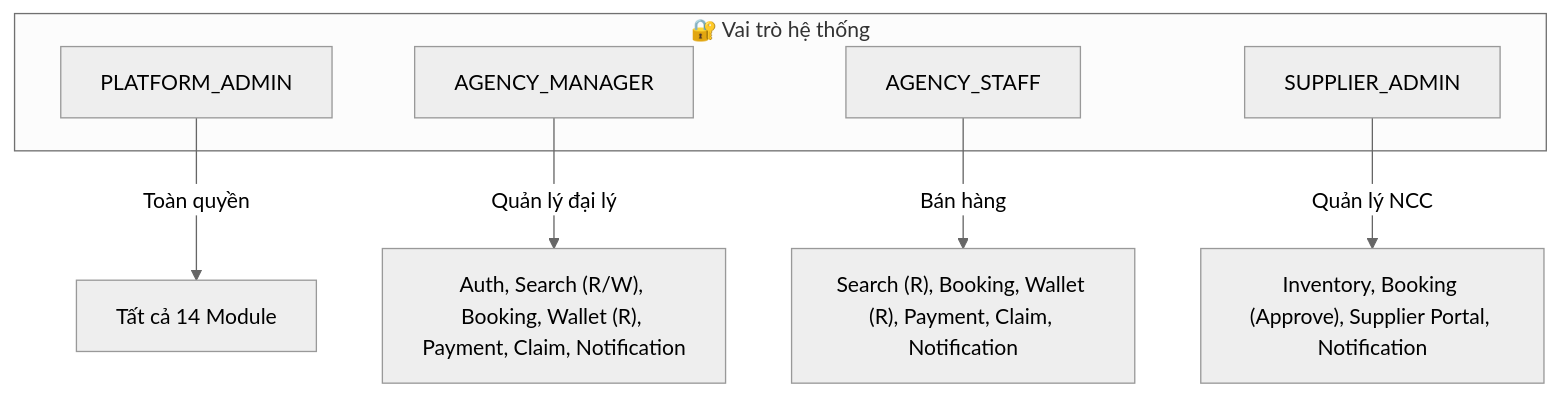
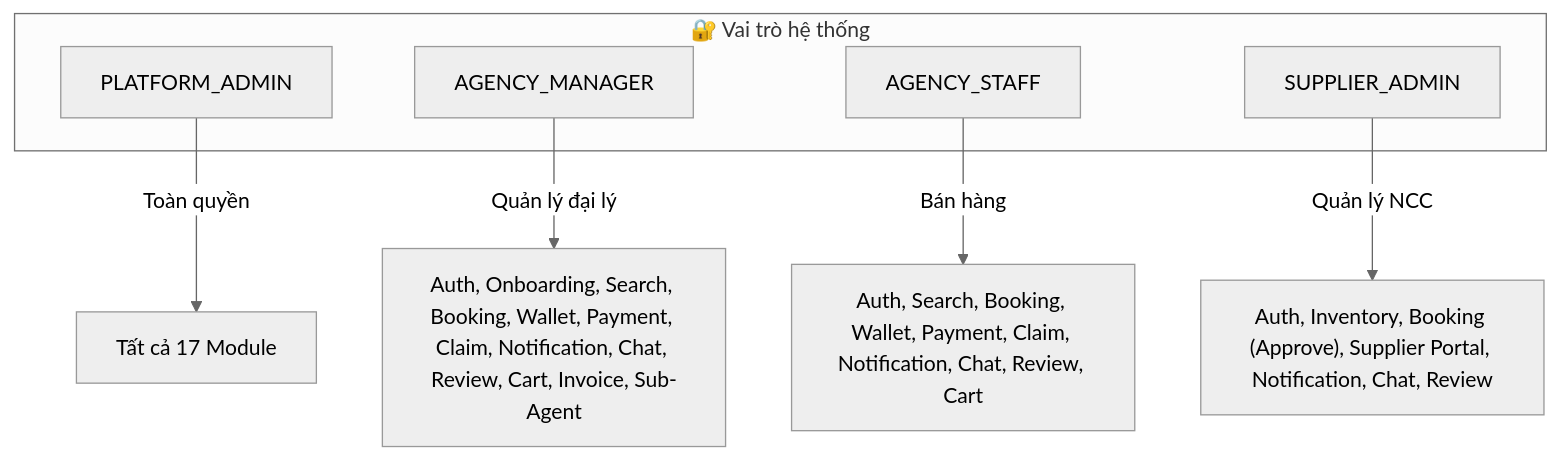
One commit to thanh-16/B2B_Tour changed diagram 31 of 31 in docs/actor and usecase/actors.md. Above: the diagram before and after it, drawn with Mermaid (neutral theme). The commit also changed other lines of this file, not shown here.

Commit message:
add chat bot and update plase2

````diff
--- a/docs/actor and usecase/actors.md
+++ b/docs/actor and usecase/actors.md
@@ -701,14 +823,14 @@
 ```mermaid
 graph TD
     subgraph Roles["🔐 Vai trò hệ thống"]
         R1["PLATFORM_ADMIN"]
         R2["AGENCY_MANAGER"]
         R3["AGENCY_STAFF"]
         R4["SUPPLIER_ADMIN"]
     end
 
-    R1 -->|"Toàn quyền"| ALL["Tất cả 14 Module"]
-    R2 -->|"Quản lý đại lý"| AGM["Auth, Search (R/W), Booking, Wallet (R), Payment, Claim, Notification"]
-    R3 -->|"Bán hàng"| AGS["Search (R), Booking, Wallet (R), Payment, Claim, Notification"]
-    R4 -->|"Quản lý NCC"| SUP["Inventory, Booking (Approve), Supplier Portal, Notification"]
+    R1 -->|"Toàn quyền"| ALL["Tất cả 17 Module"]
+    R2 -->|"Quản lý đại lý"| AGM["Auth, Onboarding, Search, Booking, Wallet, Payment, Claim, Notification, Chat, Review, Cart, Invoice, Sub-Agent"]
+    R3 -->|"Bán hàng"| AGS["Auth, Search, Booking, Wallet, Payment, Claim, Notification, Chat, Review, Cart"]
+    R4 -->|"Quản lý NCC"| SUP["Auth, Inventory, Booking (Approve), Supplier Portal, Notification, Chat, Review"]
 ```
````
